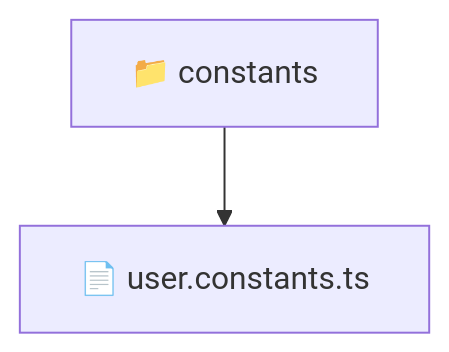
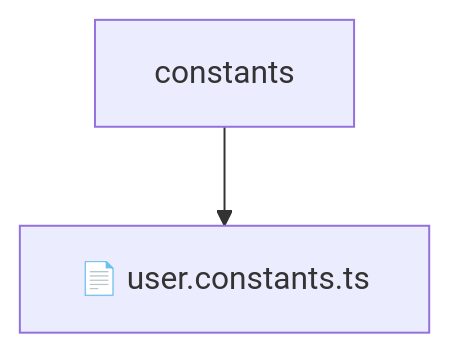
One commit to beginwebdev2002/fullstack-mavluda changed the diagram in frontend/src/entities/user/constants/README.md. Above: the diagram before and after it, drawn with Mermaid. The commit also changed other lines of this file and 155 other files, not shown here.

````diff
--- a/frontend/src/entities/user/constants/README.md
+++ b/frontend/src/entities/user/constants/README.md
@@ -10,5 +14,5 @@
 ```mermaid
 graph TD
-  Root["📁 constants"]
-  Root --> userconstantsts["📄 user.constants.ts"]
+    Root[constants]
+    Root --> F0[📄 user.constants.ts]
 ```
````
